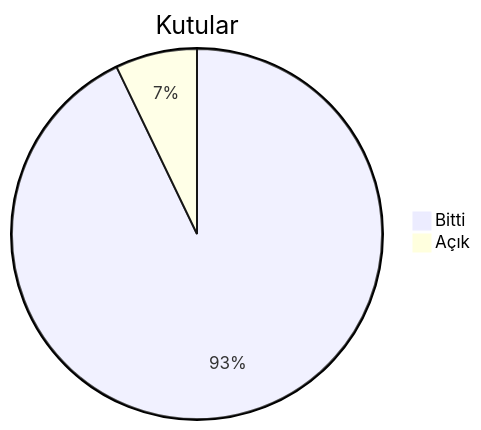
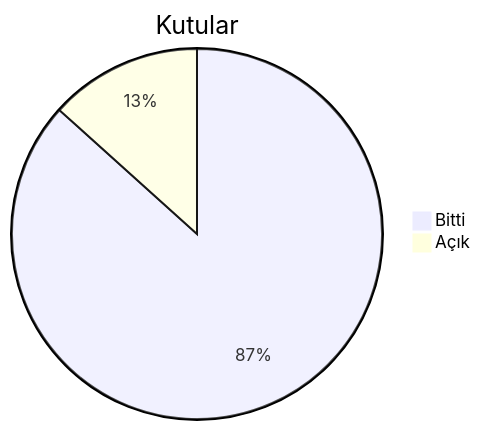
The second of 5 diagrams in docs/roadmap.md (dogancanyildiz/kenet), drawn with Mermaid before and after one commit. The commit also changed other lines of this file and 3 other files, not shown here.

````diff
--- a/docs/roadmap.md
+++ b/docs/roadmap.md
@@ -46,5 +47,5 @@
 ```mermaid
 pie title Kutular
     "Bitti" : 117
-    "Açık" : 9
+    "Açık" : 18
 ```
````
